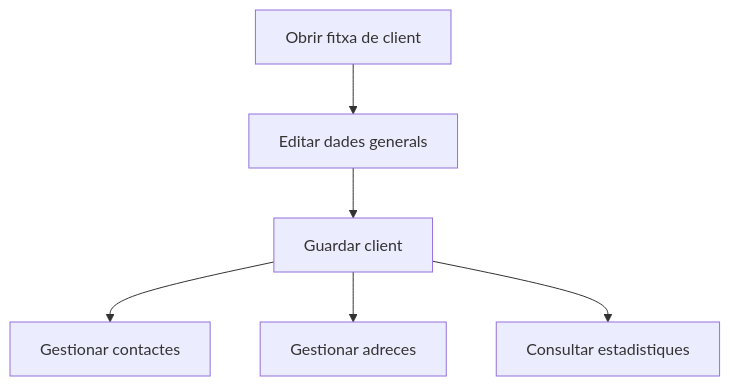
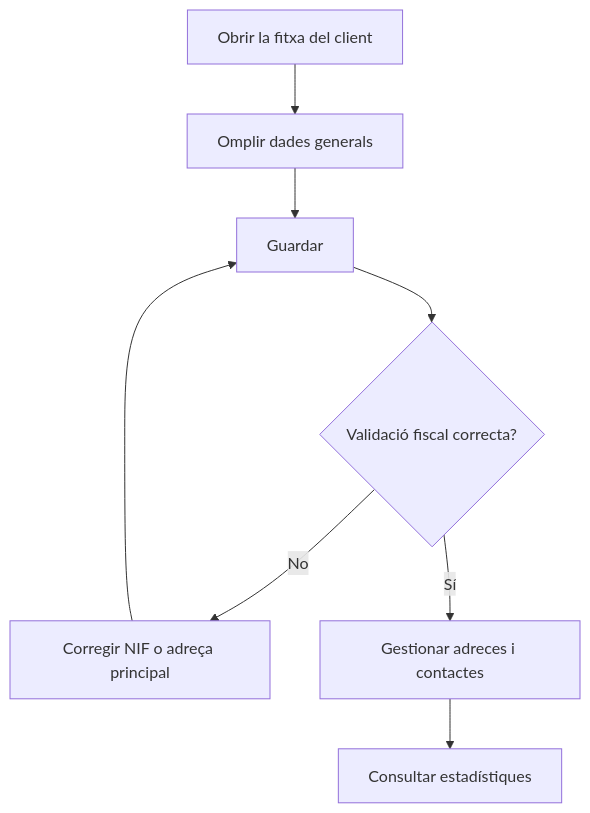
The diagram in frontend/src/help/ca/sales/customers/detail.md (MGurtD/lilith), drawn with Mermaid before and after one commit. The commit also changed other lines of this file and 331 other files, not shown here.

````diff
--- a/frontend/src/help/ca/sales/customers/detail.md
+++ b/frontend/src/help/ca/sales/customers/detail.md
@@ -38,8 +49,10 @@
 ```mermaid
 flowchart TD
-    A[Obrir fitxa de client] --> B[Editar dades generals]
-    B --> C[Guardar client]
-    C --> D[Gestionar contactes]
-    C --> E[Gestionar adreces]
-    C --> F[Consultar estadistiques]
+    A[Obrir la fitxa del client] --> B[Omplir dades generals]
+    B --> C[Guardar]
+    C --> D{Validació fiscal correcta?}
+    D -->|No| E[Corregir NIF o adreça principal]
+    E --> C
+    D -->|Sí| F[Gestionar adreces i contactes]
+    F --> G[Consultar estadístiques]
 ```
````
